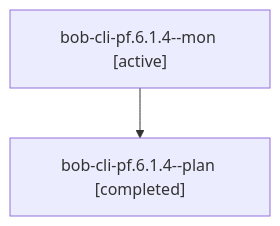
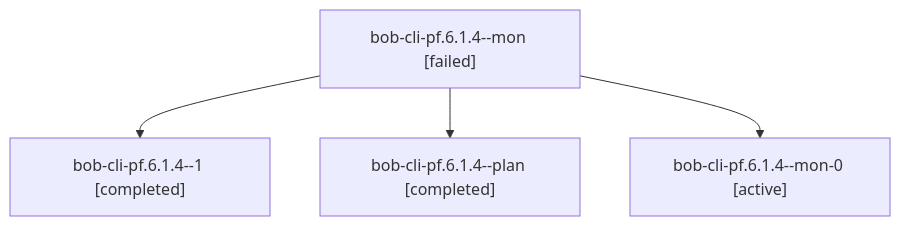
Before and after one commit to bobs-org/bob-cli--agents: the diagram in sessions/bbugyi200.apollo.bob-cli-pf.6.1.4.md, drawn with Mermaid. The commit also changed other lines of this file and 165 other files, not shown here.

````diff
--- a/sessions/bbugyi200.apollo.bob-cli-pf.6.1.4.md
+++ b/sessions/bbugyi200.apollo.bob-cli-pf.6.1.4.md
@@ -9,6 +9,10 @@
 ```mermaid
 flowchart TD
-  n0["bob-cli-pf.6.1.4--mon [active]"]
-  n1["bob-cli-pf.6.1.4--plan [completed]"]
+  n0["bob-cli-pf.6.1.4--mon [failed]"]
+  n1["bob-cli-pf.6.1.4--1 [completed]"]
   n0 --> n1
+  n2["bob-cli-pf.6.1.4--plan [completed]"]
+  n0 --> n2
+  n3["bob-cli-pf.6.1.4--mon-0 [active]"]
+  n0 --> n3
 ```
````
